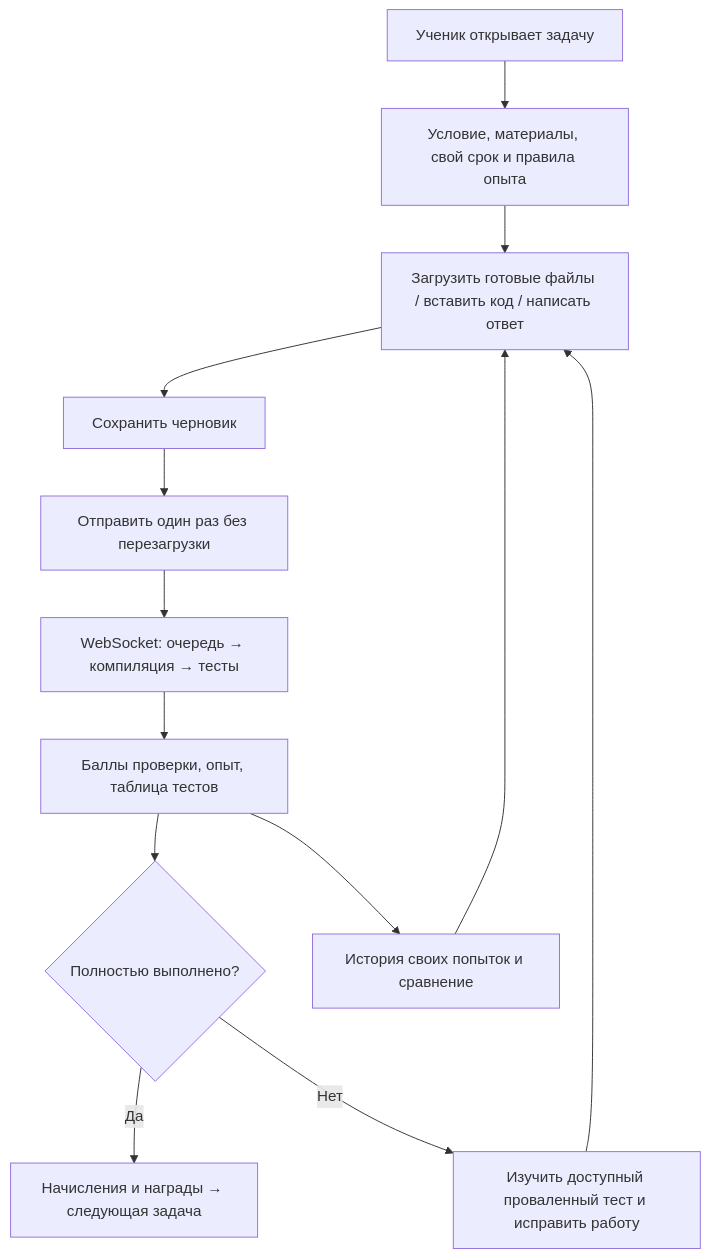
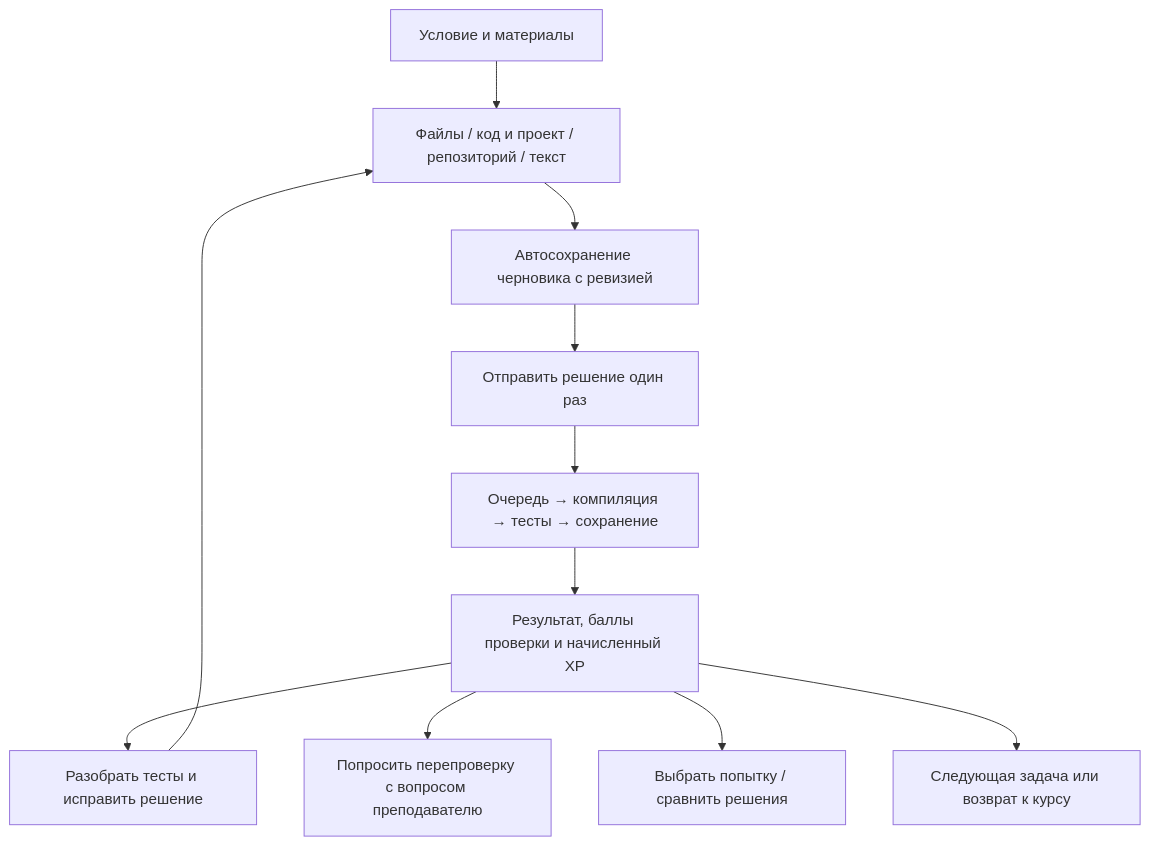
The diagram in docs/ux/task-checking-flows.md (roctbb/CodingProjects), drawn with Mermaid before and after one commit. The commit also changed other lines of this file and 34 other files, not shown here.

````diff
--- a/docs/ux/task-checking-flows.md
+++ b/docs/ux/task-checking-flows.md
@@ -32,15 +15,13 @@
 ```mermaid
 flowchart TD
-    S[Ученик открывает задачу] --> D[Условие, материалы, свой срок и правила опыта]
-    D --> C[Загрузить готовые файлы / вставить код / написать ответ]
-    C --> P[Сохранить черновик]
-    P --> A[Отправить один раз без перезагрузки]
-    A --> W[WebSocket: очередь → компиляция → тесты]
-    W --> R[Баллы проверки, опыт, таблица тестов]
-    R --> OK{Полностью выполнено?}
-    OK -->|Да| G[Начисления и награды → следующая задача]
-    OK -->|Нет| F[Изучить доступный проваленный тест и исправить работу]
+    S[Условие и материалы] --> C[Файлы / код и проект / репозиторий / текст]
+    C --> D[Автосохранение черновика с ревизией]
+    D --> A[Отправить решение один раз]
+    A --> W[Очередь → компиляция → тесты → сохранение]
+    W --> R[Результат, баллы проверки и начисленный XP]
+    R --> F[Разобрать тесты и исправить решение]
     F --> C
-    R --> H[История своих попыток и сравнение]
-    H --> C
+    R --> Q[Попросить перепроверку с вопросом преподавателю]
+    R --> H[Выбрать попытку / сравнить решения]
+    R --> N[Следующая задача или возврат к курсу]
 ```
````
